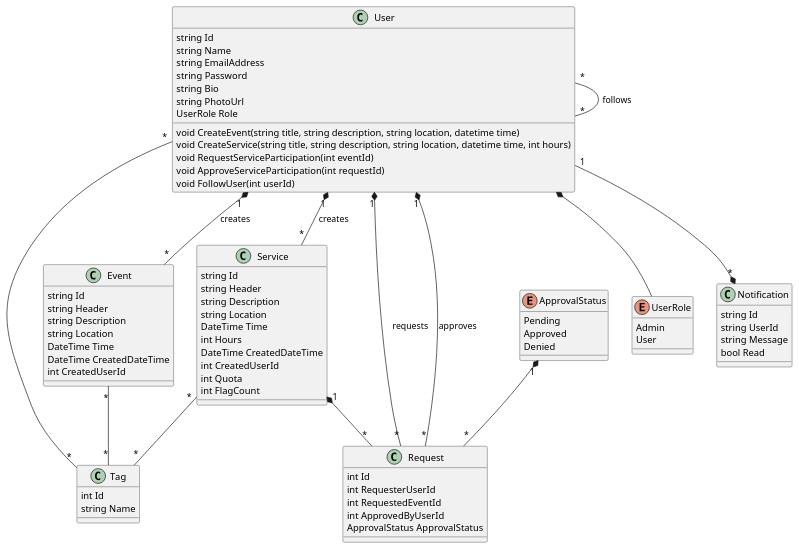
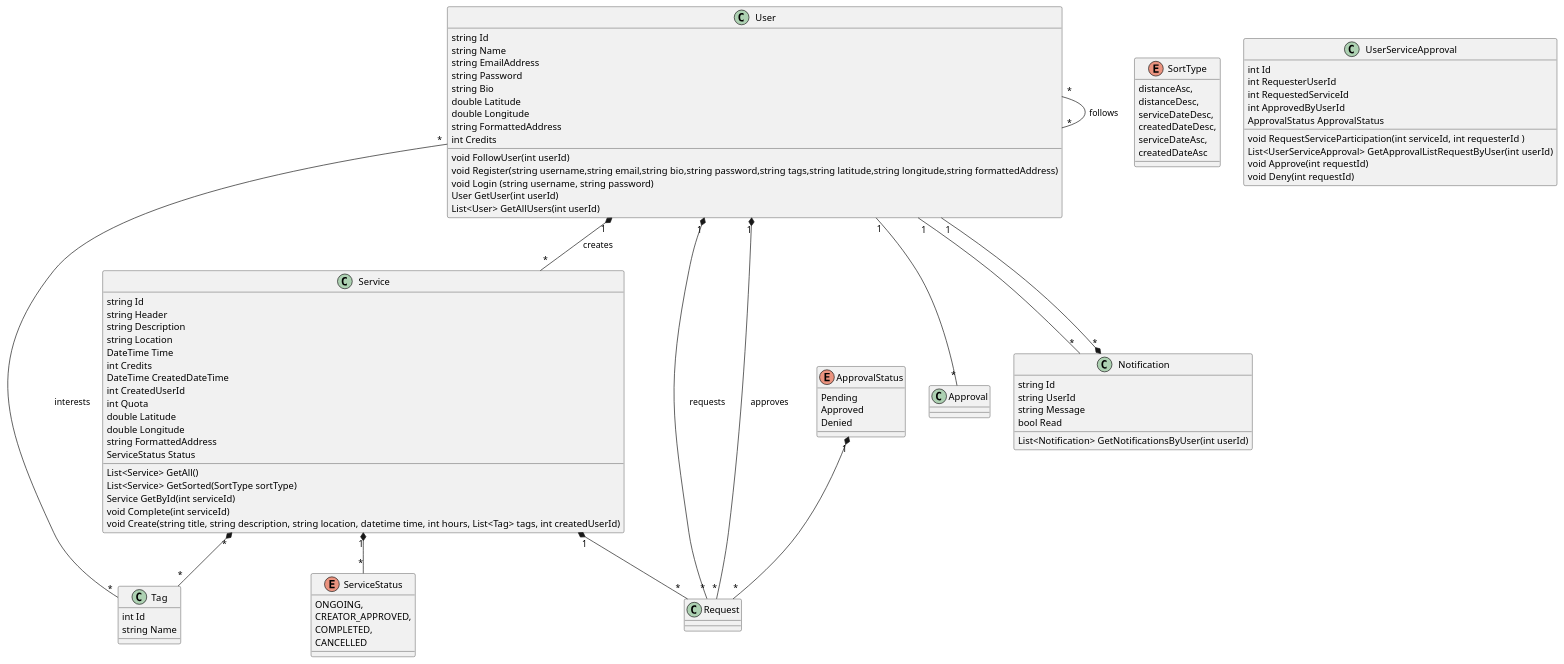
One commit to ecesari/software-development-practice changed the diagram in diagrams/class-diagram.puml. Above: the diagram before and after it, drawn with PlantUML. The commit also changed 1 other file, not shown here.

Commit message:
class diagram update

```diff
--- a/diagrams/class-diagram.puml
+++ b/diagrams/class-diagram.puml
@@ -1,104 +1,111 @@
 @startuml Class
 class User {
     string Id
     string Name
     string EmailAddress
     string Password
     string Bio
-    string PhotoUrl
-    UserRole Role
-    void CreateEvent(string title, string description, string location, datetime time)
-    void CreateService(string title, string description, string location, datetime time, int hours)
-    void RequestServiceParticipation(int eventId)
-    void ApproveServiceParticipation(int requestId)
+    double Latitude
+    double Longitude
+    string FormattedAddress
+    int Credits
+   
     void FollowUser(int userId)
+    void Register(string username,string email,string bio,string password,string tags,string latitude,string longitude,string formattedAddress)
+    void Login (string username, string password)
+    User GetUser(int userId)
+    List<User> GetAllUsers(int userId)
 
 }
 
-User "1" *-- "*" Event : creates  
-User "1" *-- "*" Service : creates  
-User "*" -- "*" User : follows  
 
+User "1" *-- "*" Service : creates
+User "*" -- "*" User : follows
+User "*" -- "*" Tag : interests
+User "1" -- "*" Approval
+User "1" -- "*" Notification
 
-enum UserRole {
-    Admin
-    User
-}
-
-User  *--  UserRole 
-
-class Event {
-    string Id
-    string Header
-    string Description
-    string Location
-    DateTime Time
-    ' int Hours
-    DateTime CreatedDateTime
-    int CreatedUserId
-    ' int Quota
-    ' TypeEvent Type 
-    ' int FlagCount
-}
 
 class Service {
     string Id
     string Header
     string Description
     string Location
     DateTime Time
-    int Hours
+    int Credits
     DateTime CreatedDateTime
     int CreatedUserId
-    int Quota
-    ' TypeEvent Type 
-    int FlagCount
+    int Quota    
+    double Latitude
+    double Longitude
+    string FormattedAddress
+    ServiceStatus Status
+    List<Service> GetAll()
+    List<Service> GetSorted(SortType sortType)
+    Service GetById(int serviceId)
+    void Complete(int serviceId)
+    void Create(string title, string description, string location, datetime time, int hours, List<Tag> tags, int createdUserId)
+   
 }
 
+Service "*" *-- "*" Tag 
+Service "1" *-- "*" ServiceStatus 
 
-' User "1" *-- "*" Event : creates  
-' Event  *--  TypeEvent 
+enum ServiceStatus
+{
+    ONGOING,
+    CREATOR_APPROVED,
+    COMPLETED,
+    CANCELLED
+}
 
-' enum TypeEvent {
-'     Service
-'     Event
-' }
+enum SortType
+{
+    distanceAsc,
+    distanceDesc,
+    serviceDateDesc,
+    createdDateDesc,
+    serviceDateAsc,
+    createdDateAsc
+}
 
 class Tag{
     int Id
     string Name
 }
 
-User "*" -- "*" Tag   
-Event "*" -- "*" Tag  
-Service "*" -- "*" Tag  
-
-class Request{
+class UserServiceApproval{
     int Id
     int RequesterUserId
-    int RequestedEventId
+    int RequestedServiceId
     int ApprovedByUserId
     ApprovalStatus ApprovalStatus
+    void RequestServiceParticipation(int serviceId, int requesterId )
+    List<UserServiceApproval> GetApprovalListRequestByUser(int userId)
+    void Approve(int requestId)
+    void Deny(int requestId)
 }
-User "1" *-- "*" Request : requests   
-Service "1" *-- "*" Request  
-User "1" *-- "*" Request : approves   
-ApprovalStatus "1" *-- "*" Request    
+User "1" *-- "*" Request : requests
+Service "1" *-- "*" Request
+User "1" *-- "*" Request : approves
+ApprovalStatus "1" *-- "*" Request
 
 enum ApprovalStatus {
     Pending
     Approved
     Denied
 }
 
 class Notification {
     string Id
     string UserId
     string Message
     bool Read
+    List<Notification> GetNotificationsByUser(int userId)
+
 }
 
 
-User "1" --* "*" Notification   
+User "1" --* "*" Notification
 
 @enduml
```
